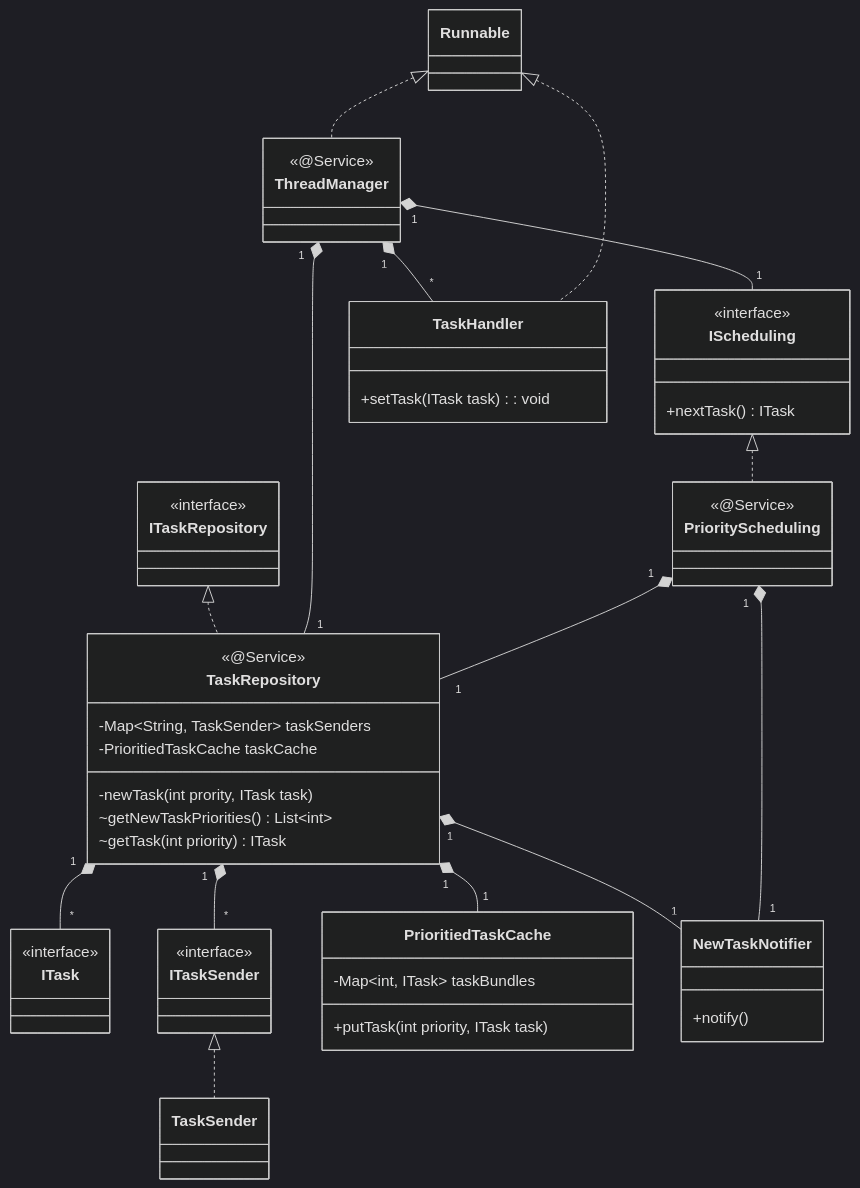
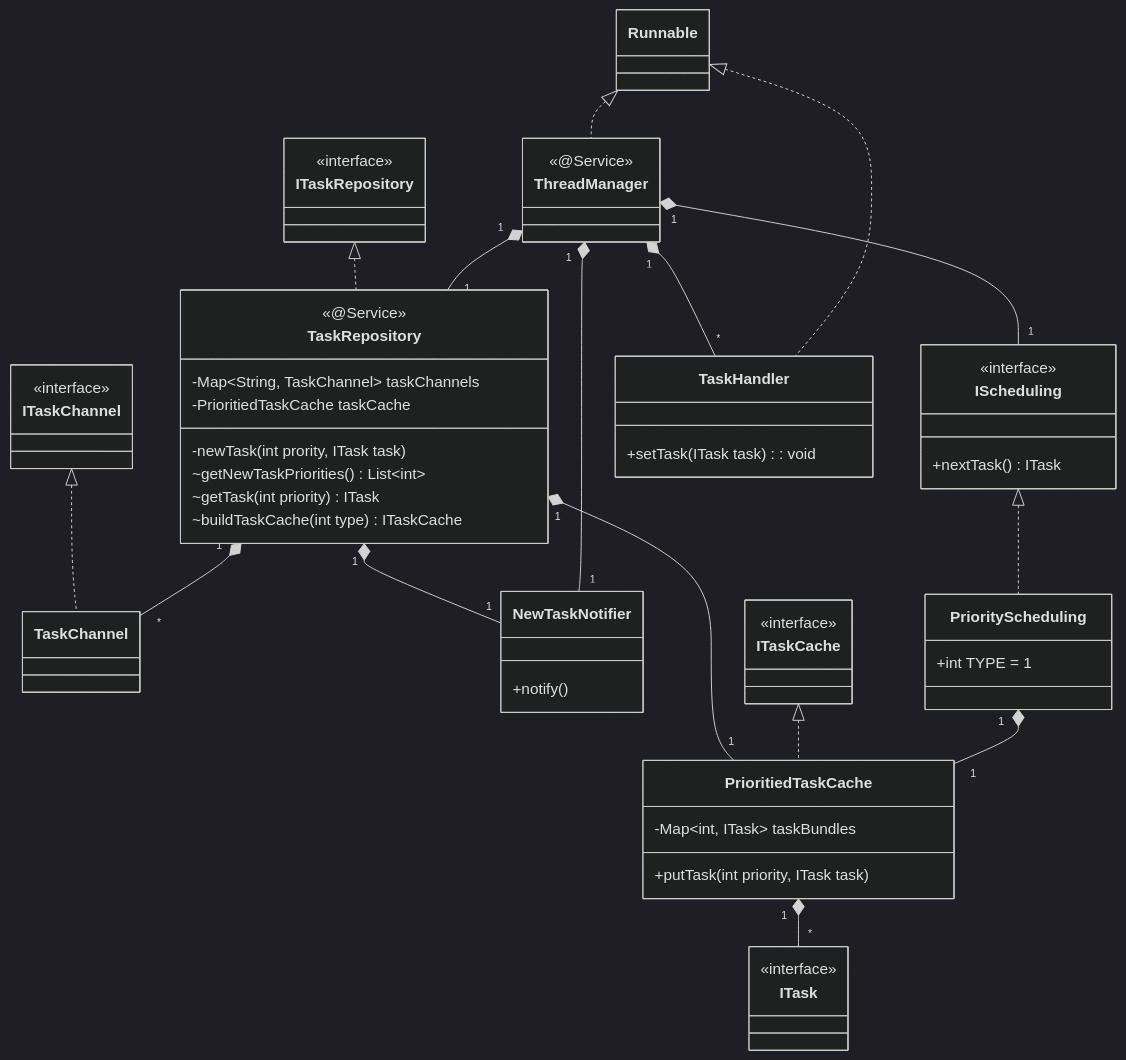
Before and after one commit to Inactionware/uapi.doc: the second of 5 diagrams in design/r2/dd/Unified Thread Management.md, drawn with Mermaid (dark theme). The commit also changed other lines of this file and 6 other files, not shown here.

````diff
--- a/design/r2/dd/Unified Thread Management.md
+++ b/design/r2/dd/Unified Thread Management.md
@@ -40,68 +44,74 @@
 ```mermaid
 classDiagram
 
 class ITask {
 	<<interface>>
 }
 
-class ITaskSender {
+class ITaskChannel {
 	<<interface>>
 }
 
-class TaskSender {
+class TaskChannel {
 	
 }
-ITaskSender <|.. TaskSender
+ITaskChannel <|.. TaskChannel
 
 class ITaskRepository {
 	<<interface>>
 }
 
 class TaskRepository {
 	<<@Service>>
-	-Map~String, TaskSender~ taskSenders
+	-Map~String, TaskChannel~ taskChannels
 	-PrioritiedTaskCache taskCache
 	-newTask(int prority, ITask task)
 	~getNewTaskPriorities() List~int~
 	~getTask(int priority) ITask
+	~buildTaskCache(int type) ITaskCache
 }
 ITaskRepository <|.. TaskRepository
-TaskRepository "1" *-- "*" ITaskSender
+TaskRepository "1" *-- "*" TaskChannel
 TaskRepository "1" *-- "1" PrioritiedTaskCache
 TaskRepository "1" *-- "1" NewTaskNotifier
-TaskRepository "1" *-- "*" ITask
+
+class ITaskCache {
+	<<interface>>
+}
 
 class PrioritiedTaskCache {
 	-Map~int, ITask~ taskBundles
 	+putTask(int priority, ITask task)
 }
+ITaskCache <|.. PrioritiedTaskCache
+PrioritiedTaskCache "1" *-- "*" ITask
 
 class ThreadManager {
 	<<@Service>>
 }
 Runnable <|.. ThreadManager
 ThreadManager "1" *-- "1" TaskRepository
 ThreadManager "1" *-- "1" IScheduling
 ThreadManager "1" *-- "*" TaskHandler
+ThreadManager "1" *-- "1" NewTaskNotifier
 
 class IScheduling {
 	<<interface>>
 	+nextTask() ITask
 }
 IScheduling <|.. PriorityScheduling
 
 class PriorityScheduling {
-	<<@Service>>
+	+int TYPE = 1
 }
-PriorityScheduling "1" *-- "1" TaskRepository
+PriorityScheduling "1" *-- "1" PrioritiedTaskCache
 
 class NewTaskNotifier {
 	+notify()
 }
-PriorityScheduling "1" *-- "1" NewTaskNotifier
 
 class TaskHandler {
 	+setTask(ITask task): void
 }
 Runnable <|.. TaskHandler
 ```
````
